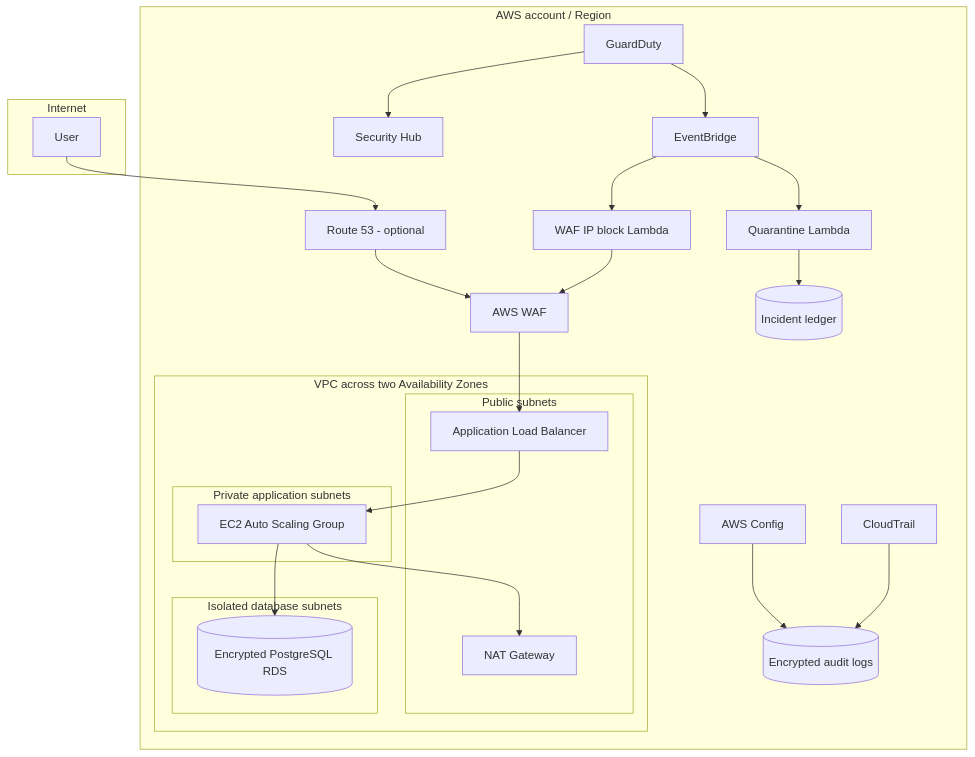
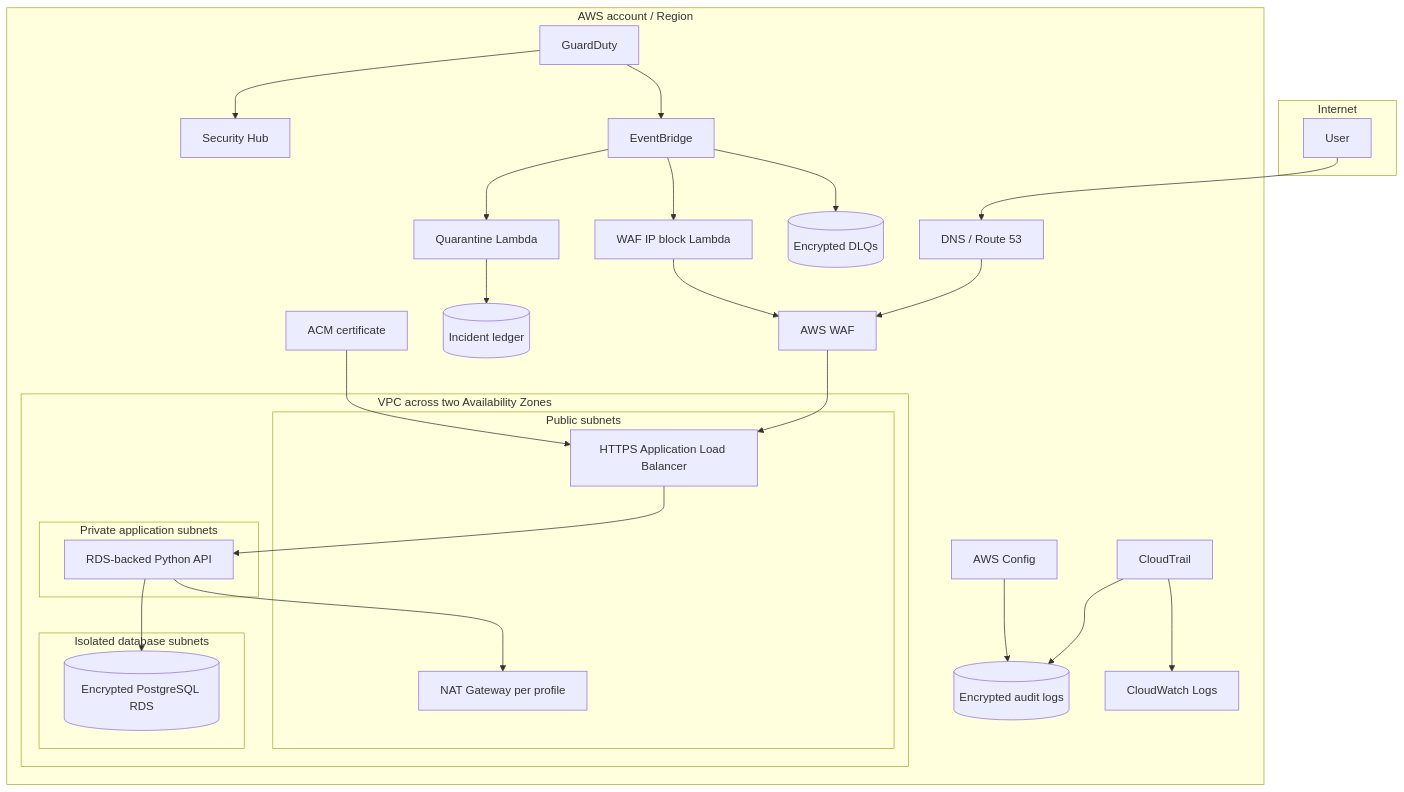
One commit to abdelkader-benaissi/sentinelaws changed the diagram in architecture/sentinelaws.mmd. Above: the diagram before and after it, drawn with Mermaid. The commit also changed other lines of this file and 34 other files, not shown here.

```diff
--- a/architecture/sentinelaws.mmd
+++ b/architecture/sentinelaws.mmd
@@ -1,43 +1,49 @@
 flowchart TB
   subgraph Internet
     U[User]
   end
 
   subgraph AWS["AWS account / Region"]
-    R53[Route 53 - optional]
+    R53[DNS / Route 53]
+    ACM[ACM certificate]
     WAF[AWS WAF]
 
     subgraph VPC["VPC across two Availability Zones"]
       subgraph Public[Public subnets]
-        ALB[Application Load Balancer]
-        NAT[NAT Gateway]
+        ALB[HTTPS Application Load Balancer]
+        NAT[NAT Gateway per profile]
       end
 
       subgraph App[Private application subnets]
-        ASG[EC2 Auto Scaling Group]
+        ASG[RDS-backed Python API]
       end
 
       subgraph Data[Isolated database subnets]
         RDS[(Encrypted PostgreSQL RDS)]
       end
     end
 
     GD[GuardDuty]
     SH[Security Hub]
     CFG[AWS Config]
     EB[EventBridge]
     LQ[Quarantine Lambda]
     LW[WAF IP block Lambda]
     DDB[(Incident ledger)]
+    DLQ[(Encrypted DLQs)]
     CT[CloudTrail]
+    CW[CloudWatch Logs]
     S3[(Encrypted audit logs)]
   end
 
   U --> R53 --> WAF --> ALB --> ASG --> RDS
+  ACM --> ALB
   ASG --> NAT
   GD --> SH
   GD --> EB
   EB --> LQ --> DDB
   EB --> LW --> WAF
+  EB --> DLQ
   CFG --> S3
   CT --> S3
+  CT --> CW
```
